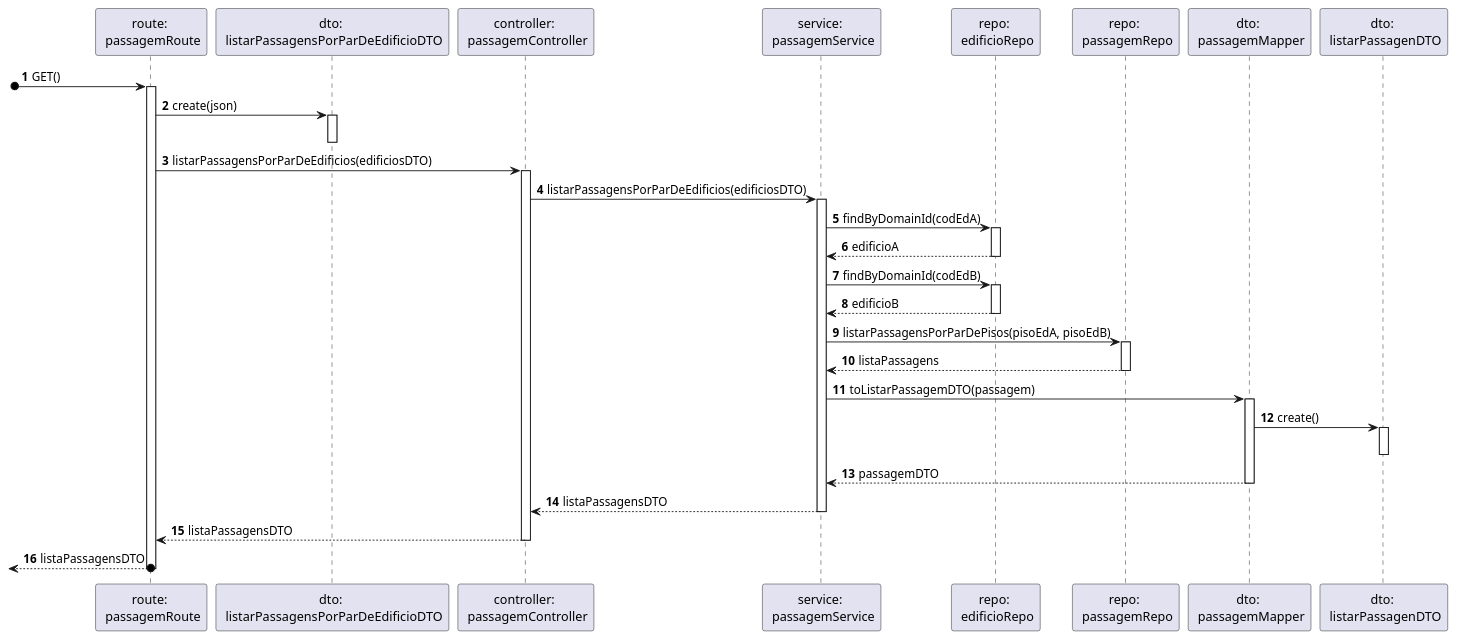
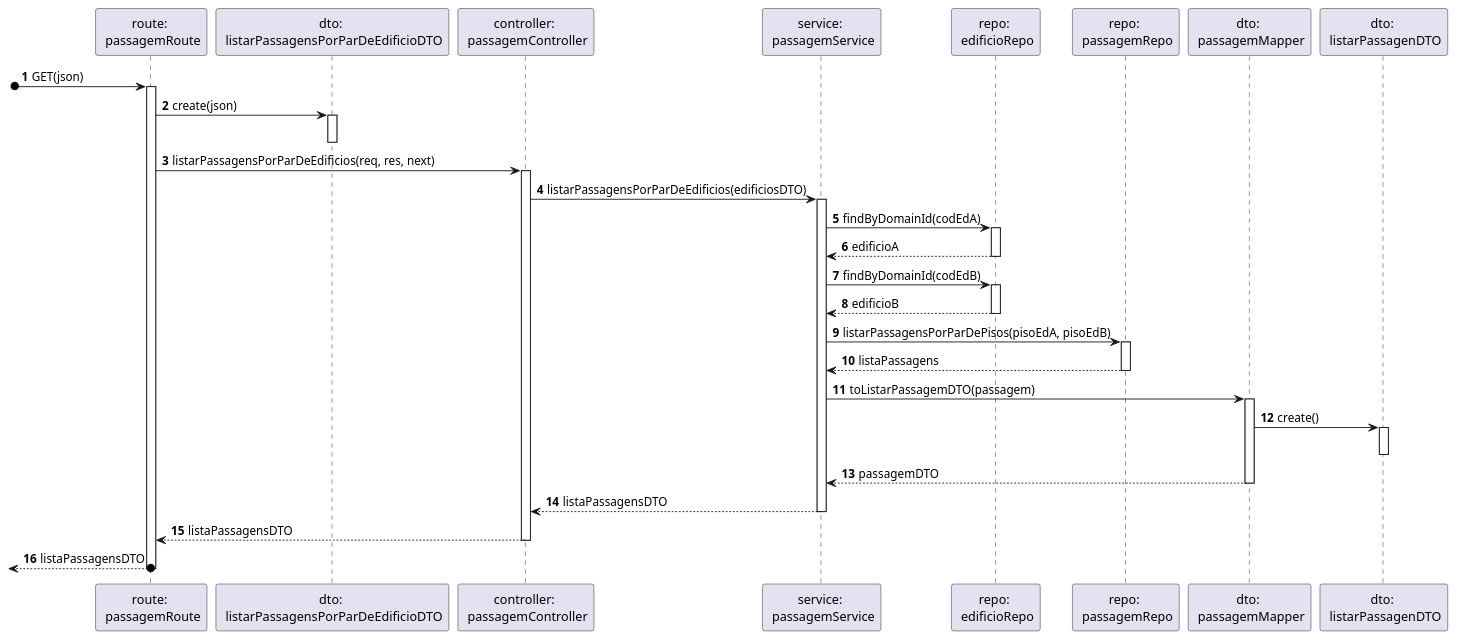
One commit to SEM5PI2324G58/sem5pi_g58_23_24 changed the diagram in docs/Sprint_A/US_260/N3/N3_VP.puml. Above: the diagram before and after it, drawn with PlantUML. The commit also changed 3 other files, not shown here.

```diff
--- a/docs/Sprint_A/US_260/N3/N3_VP.puml
+++ b/docs/Sprint_A/US_260/N3/N3_VP.puml
@@ -1,38 +1,38 @@
 autonumber
 
 participant "route: \n passagemRoute" as route
 participant "dto: \n listarPassagensPorParDeEdificioDTO" as paramDTO
 participant "controller: \n passagemController" as ctrl
 participant "service: \n passagemService" as service
 participant "repo: \n edificioRepo" as edRepo
 participant "repo: \n passagemRepo" as passRepo
 participant "dto: \n passagemMapper" as mapper
 participant "dto: \n listarPassagenDTO" as resDTO
 
-[o-> route: GET()
+[o-> route: GET(json)
 activate route
 route -> paramDTO : create(json)
 activate paramDTO
 deactivate paramDTO
-route -> ctrl: listarPassagensPorParDeEdificios(edificiosDTO)
+route -> ctrl: listarPassagensPorParDeEdificios(req, res, next)
 activate ctrl
 ctrl -> service: listarPassagensPorParDeEdificios(edificiosDTO) 
 activate service
 service -> edRepo: findByDomainId(codEdA)
 activate edRepo
 return edificioA
 service -> edRepo: findByDomainId(codEdB)
 activate edRepo
 return edificioB
 service -> passRepo: listarPassagensPorParDePisos(pisoEdA, pisoEdB)
 activate passRepo
 return listaPassagens
 service -> mapper : toListarPassagemDTO(passagem)
 activate mapper
 mapper -> resDTO : create()
 activate resDTO
 deactivate resDTO
 return passagemDTO
 return listaPassagensDTO
 return listaPassagensDTO
 return listaPassagensDTO
```
